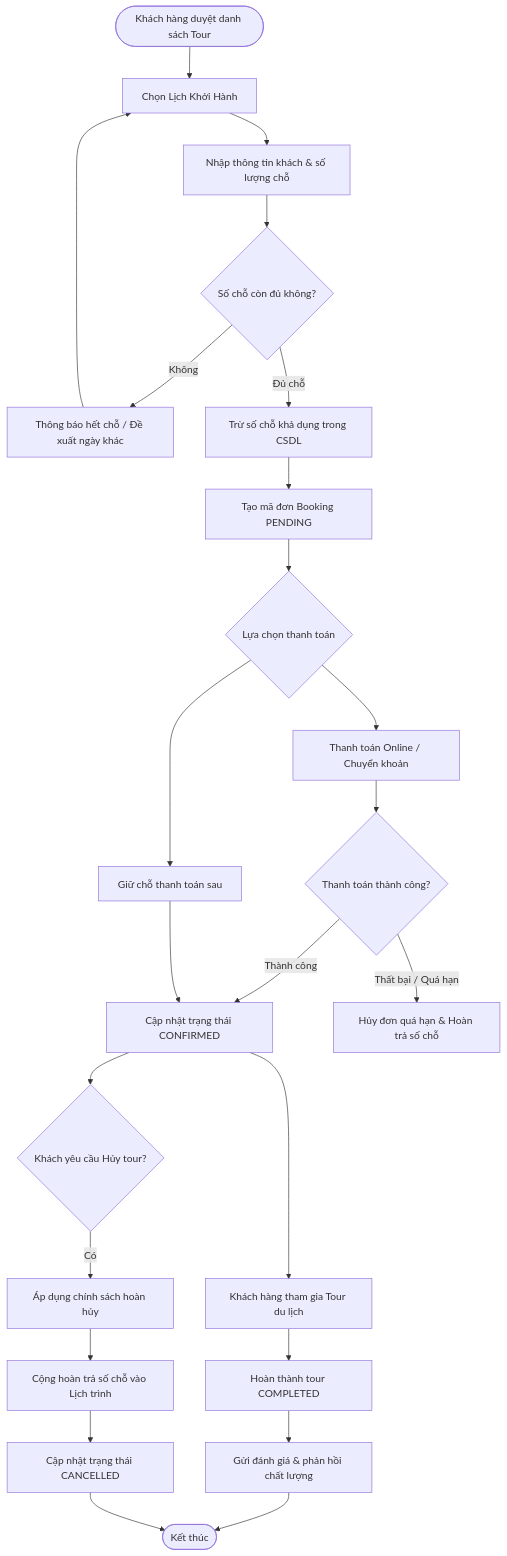
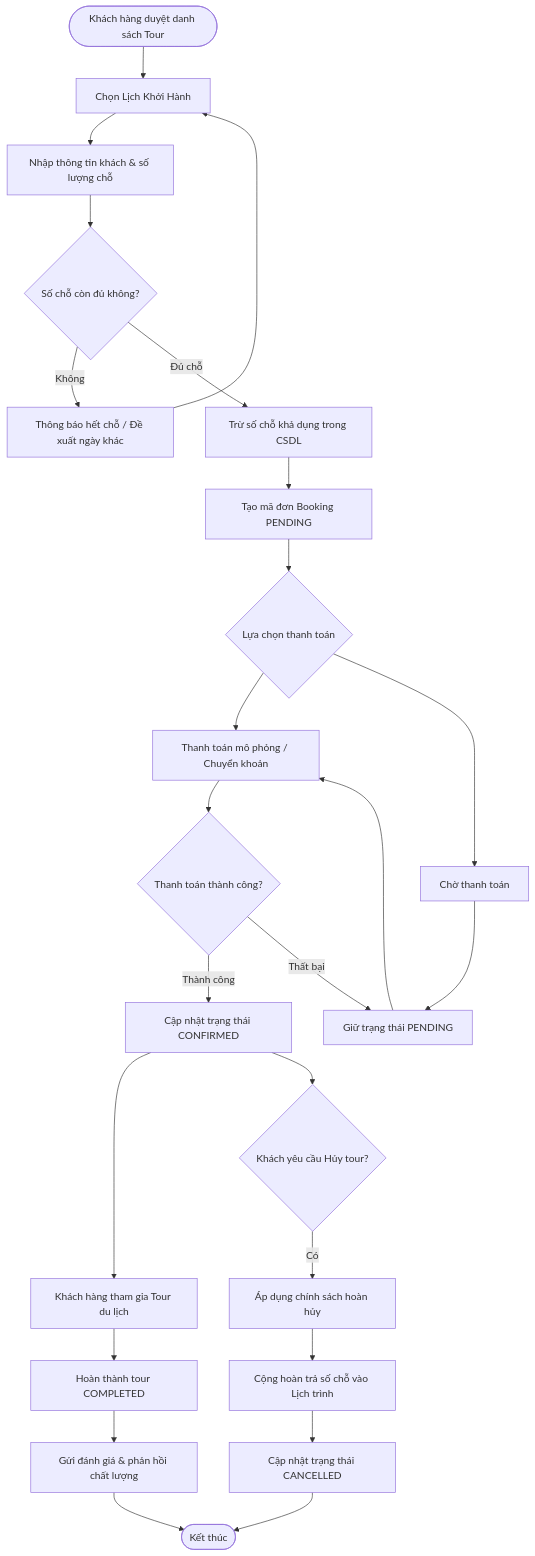
One commit to dtc245220010ictu/Tour_AI changed the fifth of 6 diagrams in docs/uml-diagrams.md. Above: the diagram before and after it, drawn with Mermaid. The commit also changed other lines of this file and 24 other files, not shown here.

````diff
--- a/docs/uml-diagrams.md
+++ b/docs/uml-diagrams.md
@@ -317,33 +348,34 @@
 ```mermaid
 flowchart TD
     Start([Khách hàng duyệt danh sách Tour]) --> SelectSchedule[Chọn Lịch Khởi Hành]
     SelectSchedule --> InputInfo[Nhập thông tin khách & số lượng chỗ]
     InputInfo --> CheckSeats{Số chỗ còn đủ không?}
     
     CheckSeats -- Không --> NotifyFull[Thông báo hết chỗ / Đề xuất ngày khác]
     NotifyFull --> SelectSchedule
     
     CheckSeats -- Đủ chỗ --> LockSeats[Trừ số chỗ khả dụng trong CSDL]
     LockSeats --> CreateBooking[Tạo mã đơn Booking PENDING]
     CreateBooking --> ChoosePayment{Lựa chọn thanh toán}
     
-    ChoosePayment --> PayOnline[Thanh toán Online / Chuyển khoản]
-    ChoosePayment --> PayLater[Giữ chỗ thanh toán sau]
+    ChoosePayment --> PayOnline[Thanh toán mô phỏng / Chuyển khoản]
+    ChoosePayment --> PayLater[Chờ thanh toán]
     
     PayOnline --> CheckPaymentSuccess{Thanh toán thành công?}
     CheckPaymentSuccess -- Thành công --> ConfirmBooking[Cập nhật trạng thái CONFIRMED]
-    CheckPaymentSuccess -- Thất bại / Quá hạn --> CancelPending[Hủy đơn quá hạn & Hoàn trả số chỗ]
+    CheckPaymentSuccess -- Thất bại --> RemainPending[Giữ trạng thái PENDING]
     
-    PayLater --> ConfirmBooking
+    PayLater --> RemainPending
+    RemainPending --> PayOnline
     
     ConfirmBooking --> TravelProcess[Khách hàng tham gia Tour du lịch]
     TravelProcess --> FinishTour[Hoàn thành tour COMPLETED]
     FinishTour --> SendFeedback[Gửi đánh giá & phản hồi chất lượng]
     SendFeedback --> End([Kết thúc])
 
     ConfirmBooking --> CustomerCancel{Khách yêu cầu Hủy tour?}
     CustomerCancel -- Có --> ApplyPolicy[Áp dụng chính sách hoàn hủy]
     ApplyPolicy --> ReleaseSeats[Cộng hoàn trả số chỗ vào Lịch trình]
     ReleaseSeats --> UpdateCancelled[Cập nhật trạng thái CANCELLED]
     UpdateCancelled --> End
 ```
````
